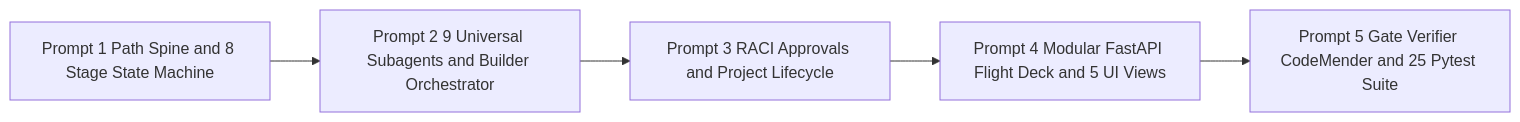
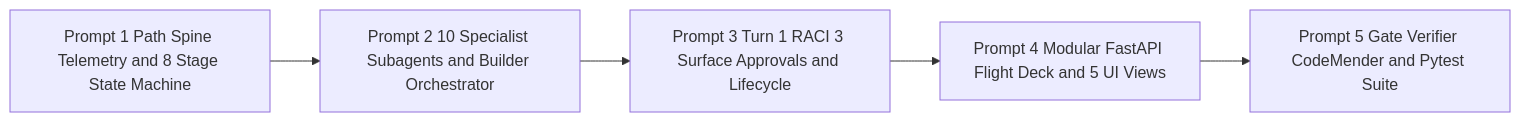
The third of 3 diagrams in ASDLC_OPERATOR_RUNBOOK.md (cwserna/asdlc-customer-kit), drawn with Mermaid before and after one commit. The commit also changed other lines of this file and 17 other files, not shown here.

````diff
--- a/ASDLC_OPERATOR_RUNBOOK.md
+++ b/ASDLC_OPERATOR_RUNBOOK.md
@@ -1478,7 +1452,7 @@
 ```mermaid
 flowchart LR
-    P1["Prompt 1 Path Spine and 8 Stage State Machine"] --> P2["Prompt 2 9 Universal Subagents and Builder Orchestrator"]
-    P2 --> P3["Prompt 3 RACI Approvals and Project Lifecycle"]
+    P1["Prompt 1 Path Spine Telemetry and 8 Stage State Machine"] --> P2["Prompt 2 10 Specialist Subagents and Builder Orchestrator"]
+    P2 --> P3["Prompt 3 Turn 1 RACI 3 Surface Approvals and Lifecycle"]
     P3 --> P4["Prompt 4 Modular FastAPI Flight Deck and 5 UI Views"]
-    P4 --> P5["Prompt 5 Gate Verifier CodeMender and 25 Pytest Suite"]
+    P4 --> P5["Prompt 5 Gate Verifier CodeMender and Pytest Suite"]
 ```
````
